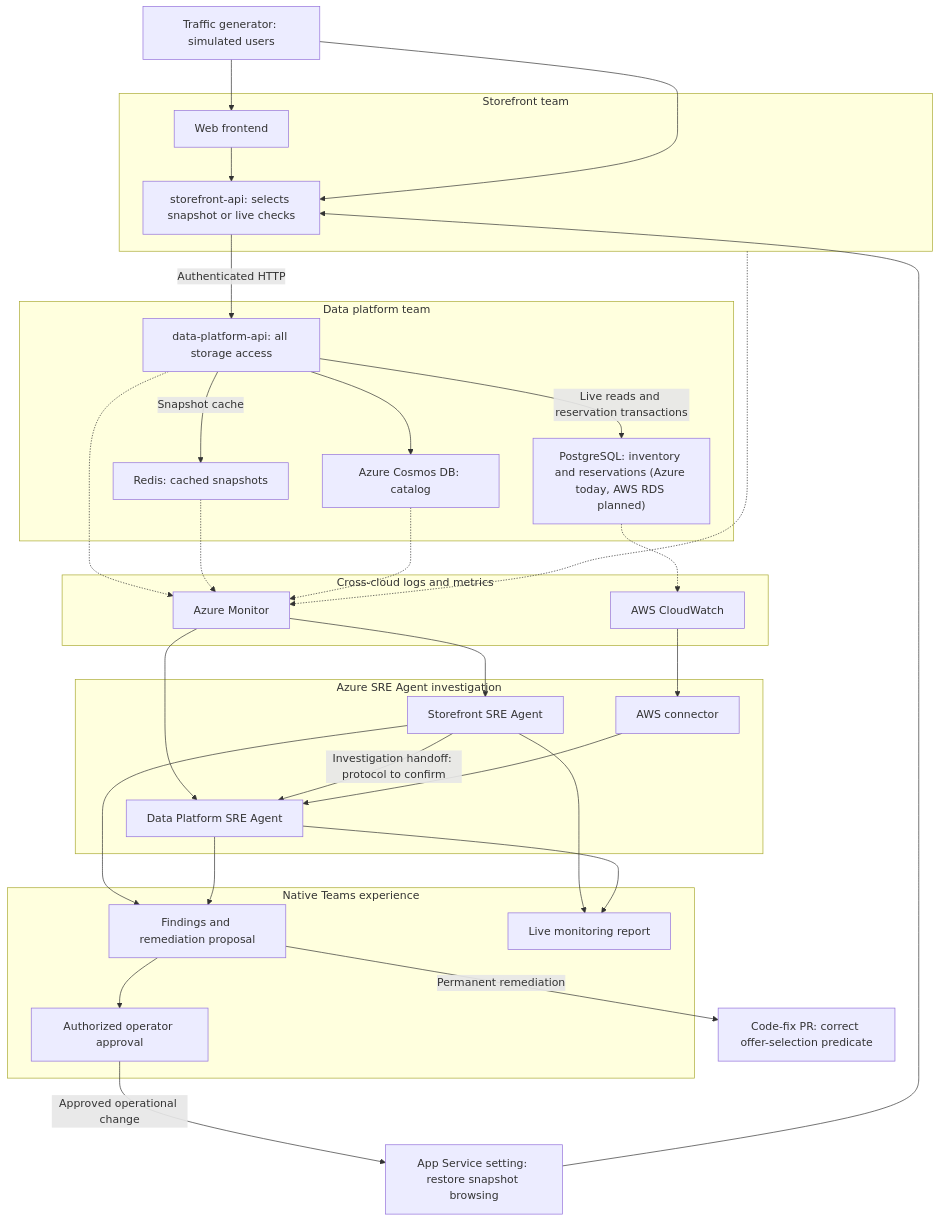
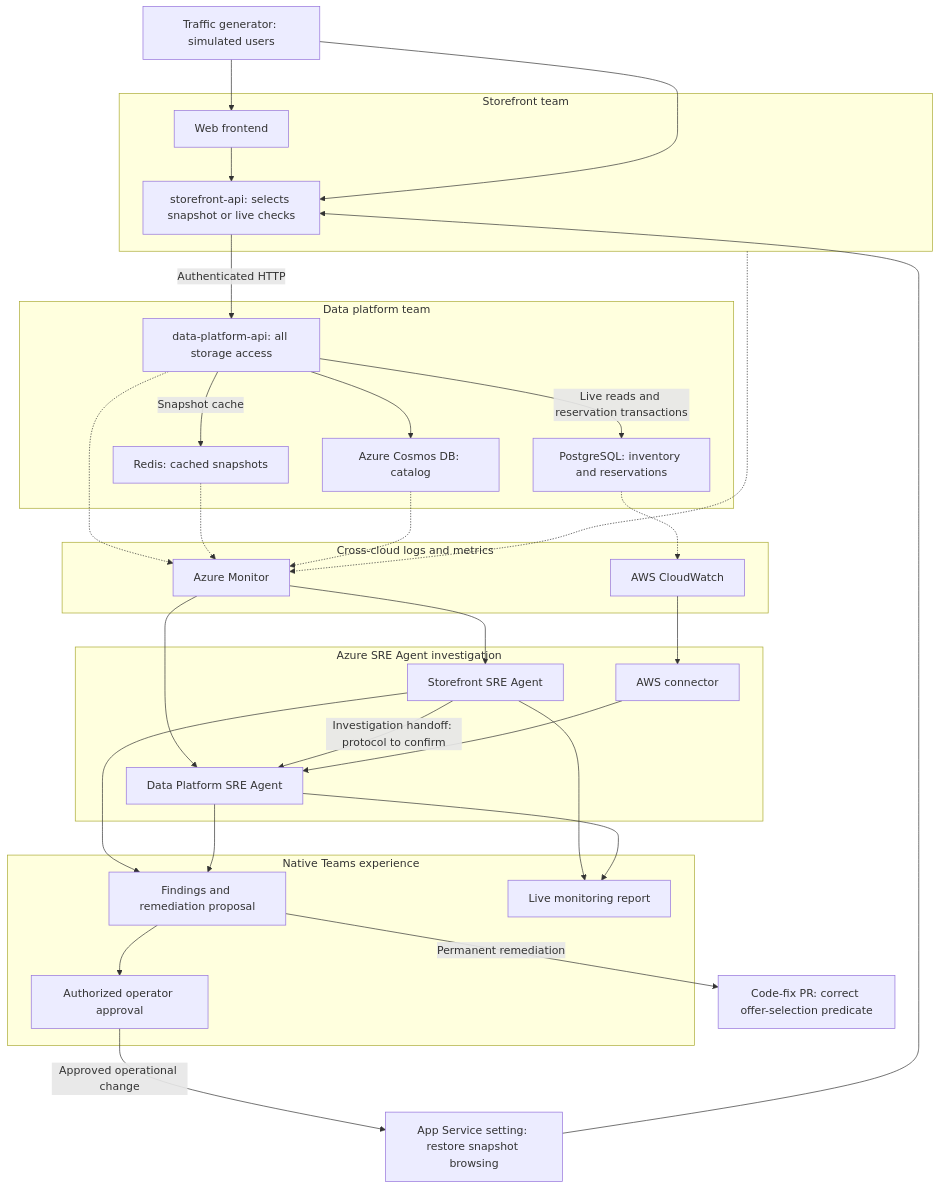
Before and after one commit to sanchitmehta/moonshot-concert: the second of 2 diagrams in README.md, drawn with Mermaid. The commit also changed other lines of this file and 12 other files, not shown here.

First line of the commit message:
fix(data-platform): move inventory back to Azure PostgreSQL and remove RDS

````diff
--- a/README.md
+++ b/README.md
@@ -367,62 +365,62 @@
 ```mermaid
 flowchart TB
     Traffic["Traffic generator: simulated users"]
 
     subgraph App["Storefront team"]
         Frontend["Web frontend"]
         Booking["storefront-api: selects snapshot or live checks"]
         Frontend --> Booking
     end
 
     subgraph Data["Data platform team"]
         API["data-platform-api: all storage access"]
         Cache["Redis: cached snapshots"]
         Catalog["Azure Cosmos DB: catalog"]
-        Inventory["PostgreSQL: inventory and reservations (Azure today, AWS RDS planned)"]
+        Inventory["PostgreSQL: inventory and reservations"]
         API -->|"Snapshot cache"| Cache
         API --> Catalog
         API -->|"Live reads and reservation transactions"| Inventory
     end
 
     Traffic --> Frontend
     Traffic --> Booking
     Booking -->|"Authenticated HTTP"| API
 
     subgraph Telemetry["Cross-cloud logs and metrics"]
         Monitor["Azure Monitor"]
         CloudWatch["AWS CloudWatch"]
     end
 
     App -.-> Monitor
     API -.-> Monitor
     Cache -.-> Monitor
     Catalog -.-> Monitor
     Inventory -.-> CloudWatch
 
     subgraph Agents["Azure SRE Agent investigation"]
         ApplicationAgent["Storefront SRE Agent"]
         DataAgent["Data Platform SRE Agent"]
         AWSConnector["AWS connector"]
     end
 
     Monitor --> ApplicationAgent
     Monitor --> DataAgent
     ApplicationAgent -->|"Investigation handoff: protocol to confirm"| DataAgent
     CloudWatch --> AWSConnector
     AWSConnector --> DataAgent
 
     subgraph Teams["Native Teams experience"]
         Findings["Findings and remediation proposal"]
         Approval["Authorized operator approval"]
         Report["Live monitoring report"]
     end
 
     ApplicationAgent --> Findings
     DataAgent --> Findings
     Findings --> Approval
     Approval -->|"Approved operational change"| Setting["App Service setting: restore snapshot browsing"]
     Setting --> Booking
     Findings -->|"Permanent remediation"| CodeFix["Code-fix PR: correct offer-selection predicate"]
     ApplicationAgent --> Report
     DataAgent --> Report
 ```
````
